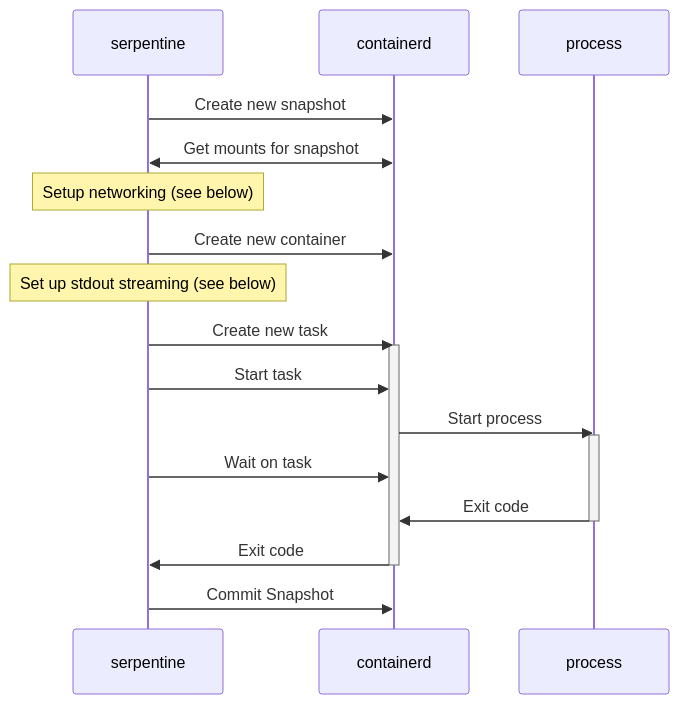
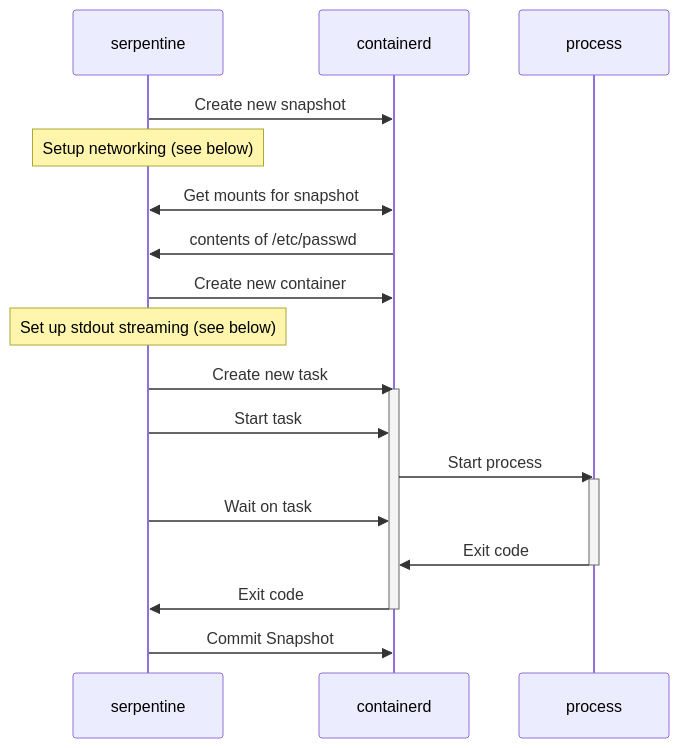
Before and after one commit to Serpent-Tools/serpentine: the third of 5 diagrams in book/src/containerd.md, drawn with Mermaid. The commit also changed 15 other files, not shown here.

````diff
--- a/book/src/containerd.md
+++ b/book/src/containerd.md
@@ -68,26 +68,29 @@
 ```mermaid
 sequenceDiagram
     participant serpentine
     participant containerd
     participant process
 
     serpentine ->> containerd : Create new snapshot
+    note over serpentine : Setup networking (see below)
+
     serpentine <<->> containerd : Get mounts for snapshot
-    note over serpentine : Setup networking (see below)
+    containerd ->> serpentine : contents of /etc/passwd
+
     serpentine ->> containerd : Create new container
 
     note over serpentine : Set up stdout streaming (see below)
 
     serpentine ->> containerd : Create new task
     activate containerd
     serpentine ->> containerd : Start task
     containerd ->> process : Start process
     activate process
     serpentine ->> containerd : Wait on task
     process ->> containerd : Exit code
     deactivate process
     containerd ->> serpentine : Exit code
     deactivate containerd
 
     serpentine ->> containerd : Commit Snapshot
 ```
````
